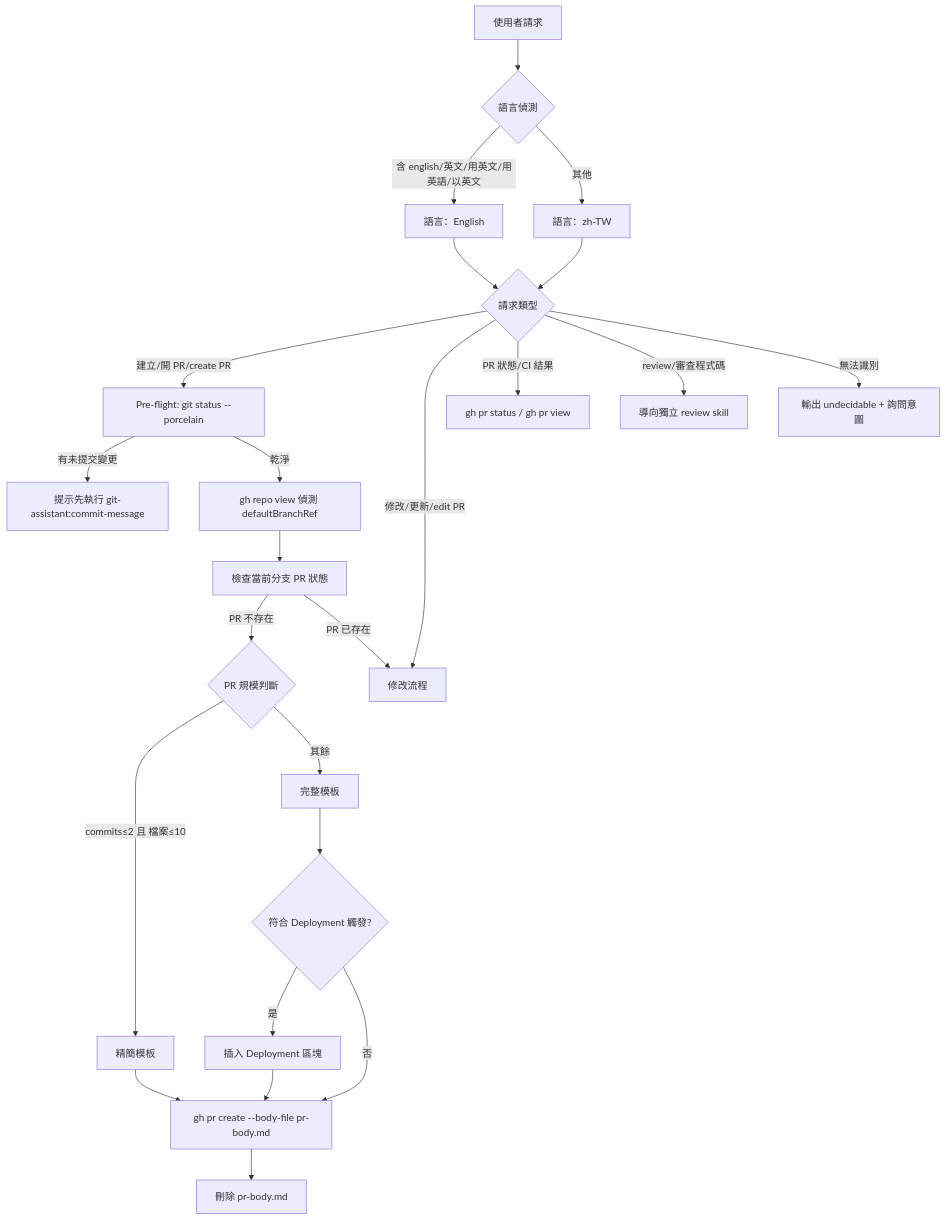
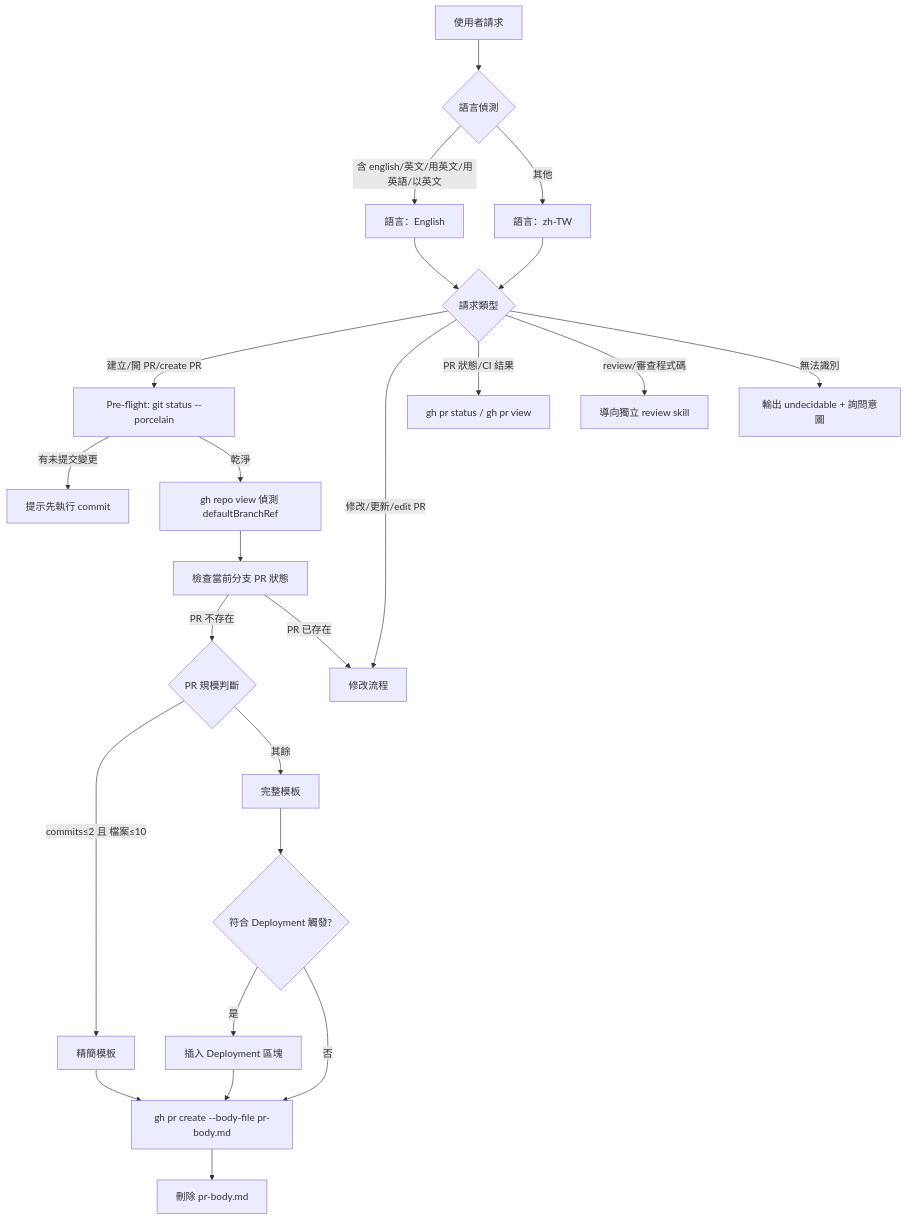
One commit to gn00678465/coding-agent-toolkit changed the diagram in plugins/git-assistant/skills/pull-request/SKILL.md. Above: the diagram before and after it, drawn with Mermaid. The commit also changed other lines of this file and 8 other files, not shown here.

First line of the commit message:
chore(git-assistant)!: 移除 commit-message skill

````diff
--- a/plugins/git-assistant/skills/pull-request/SKILL.md
+++ b/plugins/git-assistant/skills/pull-request/SKILL.md
@@ -25,31 +25,31 @@
 ```mermaid
 graph TD
     A[使用者請求] --> B{語言偵測}
     B -- 含 english/英文/用英文/用英語/以英文 --> LANG_EN[語言：English]
     B -- 其他 --> LANG_ZH[語言：zh-TW]
 
     LANG_EN & LANG_ZH --> C{請求類型}
 
     C -- 建立/開 PR/create PR --> PRE[Pre-flight: git status --porcelain]
     C -- 修改/更新/edit PR --> F2[修改流程]
     C -- PR 狀態/CI 結果 --> S[gh pr status / gh pr view]
     C -- review/審查程式碼 --> OUT[導向獨立 review skill]
     C -- 無法識別 --> UND[輸出 undecidable + 詢問意圖]
 
-    PRE -- 有未提交變更 --> STOP[提示先執行 git-assistant:commit-message]
+    PRE -- 有未提交變更 --> STOP[提示先執行 commit]
     PRE -- 乾淨 --> BASE[gh repo view 偵測 defaultBranchRef]
     BASE --> D[檢查當前分支 PR 狀態]
 
     D -- PR 不存在 --> E{PR 規模判斷}
     D -- PR 已存在 --> F2
 
     E -- commits≤2 且 檔案≤10 --> G[精簡模板]
     E -- 其餘 --> H[完整模板]
     H --> DEPLOY{符合 Deployment 觸發?}
     DEPLOY -- 是 --> H2[插入 Deployment 區塊]
     DEPLOY -- 否 --> I
     H2 --> I[gh pr create --body-file pr-body.md]
     G --> I
 
     I --> CLEAN[刪除 pr-body.md]
 ```
````
